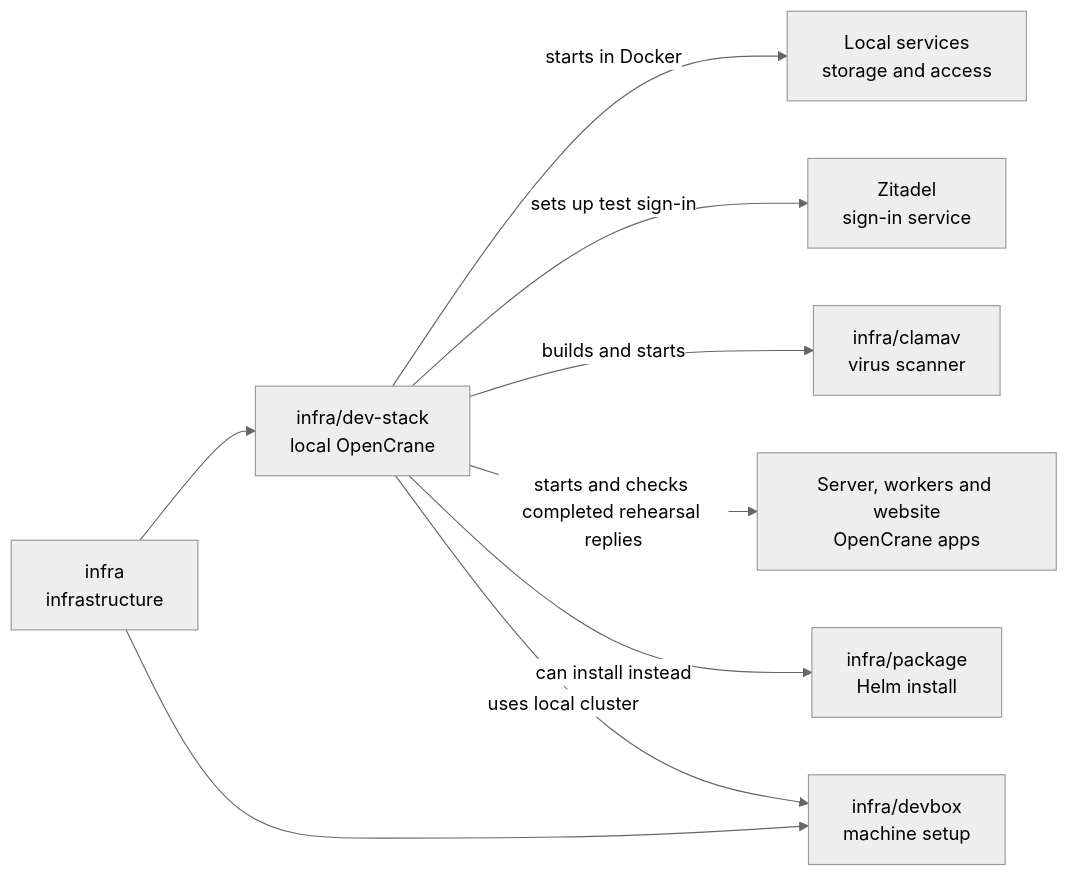
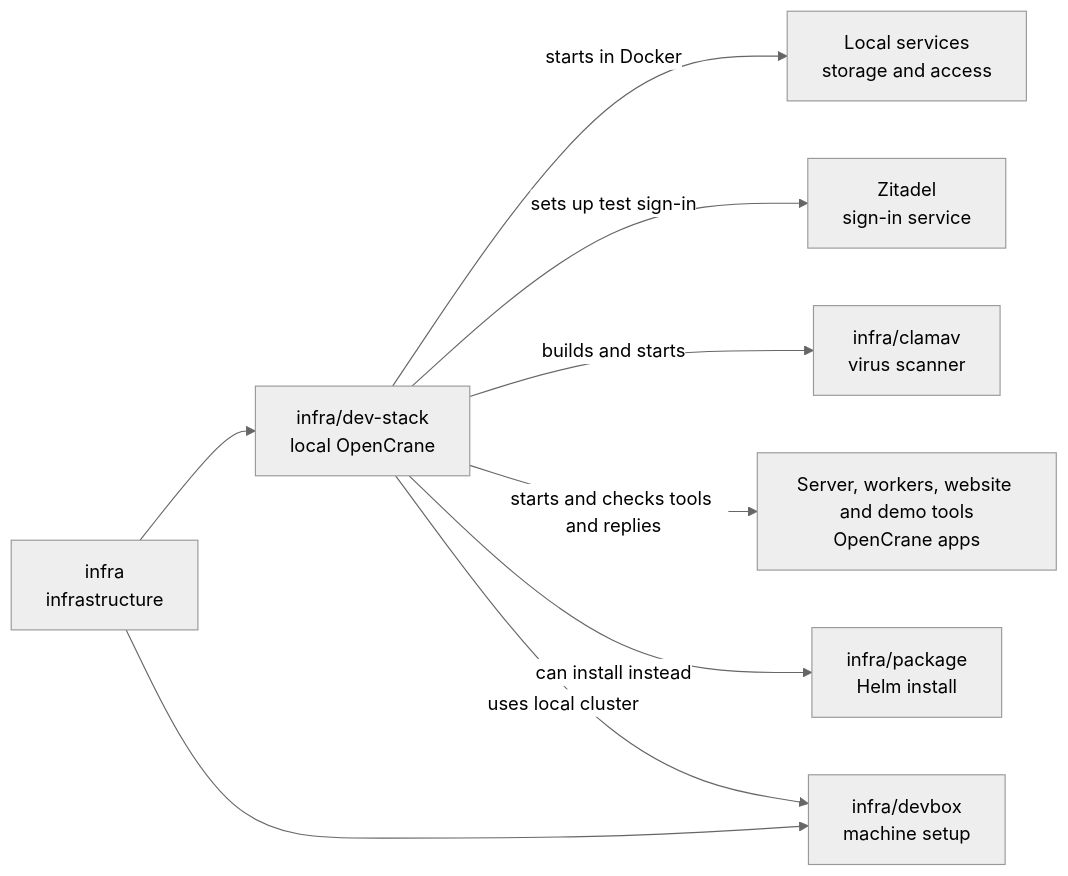
The diagram in infra/dev-stack/README.md (elewa-git/opencrane-new), drawn with Mermaid (neutral theme) before and after one commit. The commit also changed other lines of this file and 12 other files, not shown here.

First line of the commit message:
🧪 The Stage B rehearsal checker refuses tool writes without a linked approval and tools whose review is not current (#618)

````diff
--- a/infra/dev-stack/README.md
+++ b/infra/dev-stack/README.md
@@ -16,11 +16,11 @@
 ```mermaid
 flowchart LR
   infra["infra<br/>infrastructure"] --> stack["infra/dev-stack<br/>local OpenCrane"]
   infra --> devbox["infra/devbox<br/>machine setup"]
   stack -->|starts in Docker| services["Local services<br/>storage and access"]
   stack -->|sets up test sign-in| zitadel["Zitadel<br/>sign-in service"]
   stack -->|builds and starts| clamav["infra/clamav<br/>virus scanner"]
-  stack -->|starts and checks completed rehearsal replies| apps["Server, workers and website<br/>OpenCrane apps"]
+  stack -->|starts and checks tools and replies| apps["Server, workers, website and demo tools<br/>OpenCrane apps"]
   stack -->|can install instead| package["infra/package<br/>Helm install"]
   stack -->|uses local cluster| devbox
 ```
````
